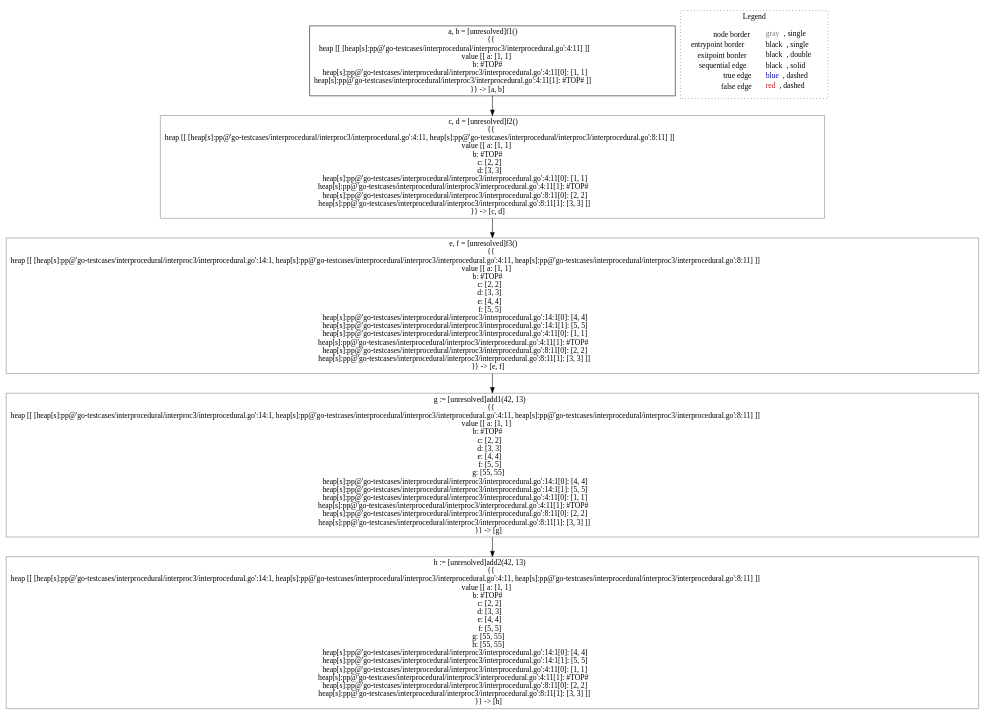
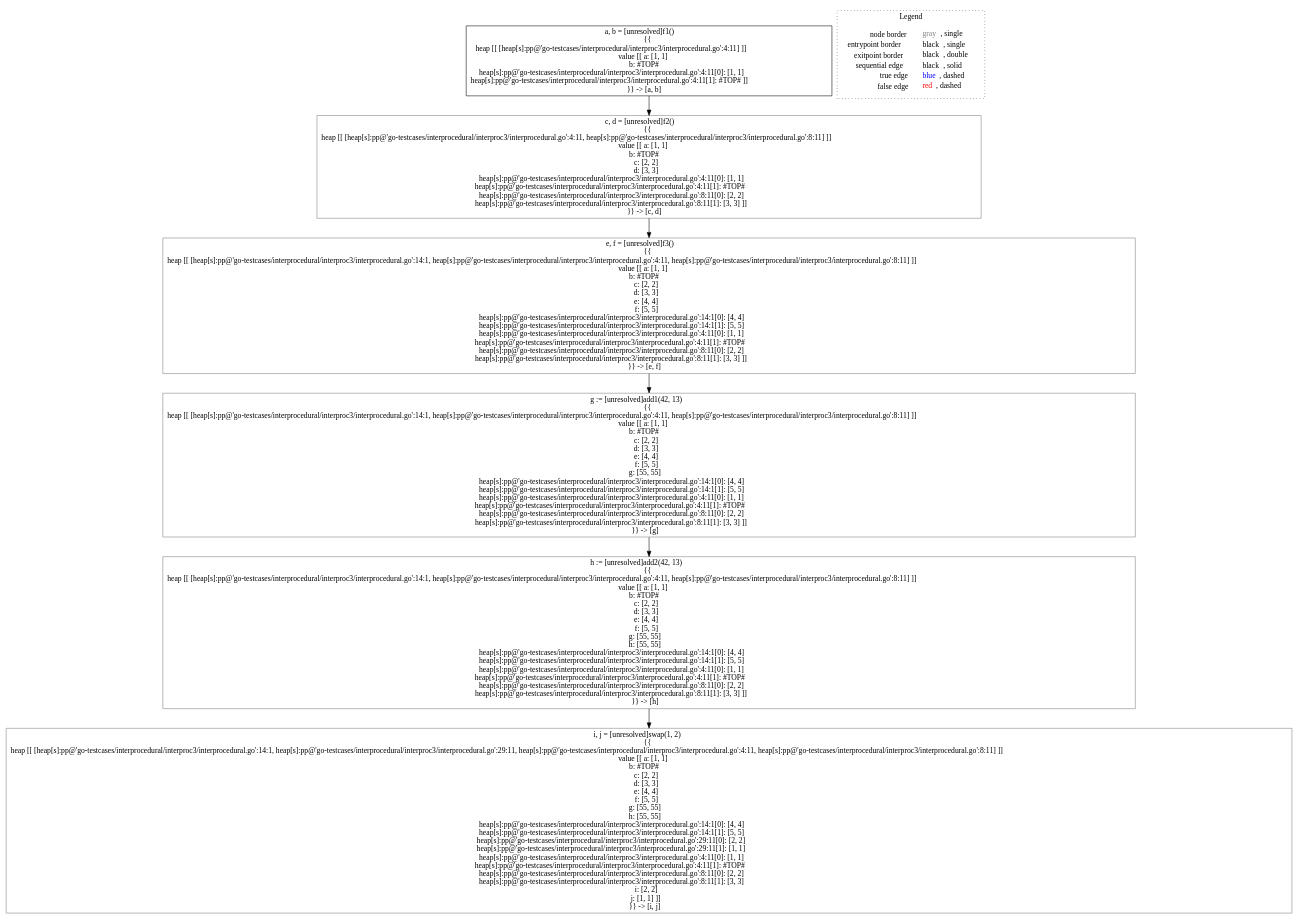
One commit to lisa-analyzer/go-lisa changed the diagram in go-lisa/go-testcases/interprocedural/interproc3/analysis___untyped_~LiSAProgram.main().dot. Above: the diagram before and after it, drawn with Graphviz. The commit also changed 15 other files, not shown here.

```diff
--- a/go-lisa/go-testcases/interprocedural/interproc3/analysis___untyped_~LiSAProgram.main().dot
+++ b/go-lisa/go-testcases/interprocedural/interproc3/analysis___untyped_~LiSAProgram.main().dot
@@ -1,18 +1,20 @@
 digraph {
 	"node0" [shape="rect",color="black",label=<a, b = [unresolved]f1()<BR/>{{<BR/>heap [[ [heap[s]:pp@'go-testcases/interprocedural/interproc3/interprocedural.go':4:11] ]]<BR/>value [[ a: [1, 1]<BR/>b: #TOP#<BR/>heap[s]:pp@'go-testcases/interprocedural/interproc3/interprocedural.go':4:11[0]: [1, 1]<BR/>heap[s]:pp@'go-testcases/interprocedural/interproc3/interprocedural.go':4:11[1]: #TOP# ]]<BR/>}} -&gt; [a, b]>];
-	"node1" [shape="rect",color="gray",label=<h := [unresolved]add2(42, 13)<BR/>{{<BR/>heap [[ [heap[s]:pp@'go-testcases/interprocedural/interproc3/interprocedural.go':14:1, heap[s]:pp@'go-testcases/interprocedural/interproc3/interprocedural.go':4:11, heap[s]:pp@'go-testcases/interprocedural/interproc3/interprocedural.go':8:11] ]]<BR/>value [[ a: [1, 1]<BR/>b: #TOP#<BR/>c: [2, 2]<BR/>d: [3, 3]<BR/>e: [4, 4]<BR/>f: [5, 5]<BR/>g: [55, 55]<BR/>h: [55, 55]<BR/>heap[s]:pp@'go-testcases/interprocedural/interproc3/interprocedural.go':14:1[0]: [4, 4]<BR/>heap[s]:pp@'go-testcases/interprocedural/interproc3/interprocedural.go':14:1[1]: [5, 5]<BR/>heap[s]:pp@'go-testcases/interprocedural/interproc3/interprocedural.go':4:11[0]: [1, 1]<BR/>heap[s]:pp@'go-testcases/interprocedural/interproc3/interprocedural.go':4:11[1]: #TOP#<BR/>heap[s]:pp@'go-testcases/interprocedural/interproc3/interprocedural.go':8:11[0]: [2, 2]<BR/>heap[s]:pp@'go-testcases/interprocedural/interproc3/interprocedural.go':8:11[1]: [3, 3] ]]<BR/>}} -&gt; [h]>];
-	"node2" [shape="rect",color="gray",label=<c, d = [unresolved]f2()<BR/>{{<BR/>heap [[ [heap[s]:pp@'go-testcases/interprocedural/interproc3/interprocedural.go':4:11, heap[s]:pp@'go-testcases/interprocedural/interproc3/interprocedural.go':8:11] ]]<BR/>value [[ a: [1, 1]<BR/>b: #TOP#<BR/>c: [2, 2]<BR/>d: [3, 3]<BR/>heap[s]:pp@'go-testcases/interprocedural/interproc3/interprocedural.go':4:11[0]: [1, 1]<BR/>heap[s]:pp@'go-testcases/interprocedural/interproc3/interprocedural.go':4:11[1]: #TOP#<BR/>heap[s]:pp@'go-testcases/interprocedural/interproc3/interprocedural.go':8:11[0]: [2, 2]<BR/>heap[s]:pp@'go-testcases/interprocedural/interproc3/interprocedural.go':8:11[1]: [3, 3] ]]<BR/>}} -&gt; [c, d]>];
-	"node3" [shape="rect",color="gray",label=<e, f = [unresolved]f3()<BR/>{{<BR/>heap [[ [heap[s]:pp@'go-testcases/interprocedural/interproc3/interprocedural.go':14:1, heap[s]:pp@'go-testcases/interprocedural/interproc3/interprocedural.go':4:11, heap[s]:pp@'go-testcases/interprocedural/interproc3/interprocedural.go':8:11] ]]<BR/>value [[ a: [1, 1]<BR/>b: #TOP#<BR/>c: [2, 2]<BR/>d: [3, 3]<BR/>e: [4, 4]<BR/>f: [5, 5]<BR/>heap[s]:pp@'go-testcases/interprocedural/interproc3/interprocedural.go':14:1[0]: [4, 4]<BR/>heap[s]:pp@'go-testcases/interprocedural/interproc3/interprocedural.go':14:1[1]: [5, 5]<BR/>heap[s]:pp@'go-testcases/interprocedural/interproc3/interprocedural.go':4:11[0]: [1, 1]<BR/>heap[s]:pp@'go-testcases/interprocedural/interproc3/interprocedural.go':4:11[1]: #TOP#<BR/>heap[s]:pp@'go-testcases/interprocedural/interproc3/interprocedural.go':8:11[0]: [2, 2]<BR/>heap[s]:pp@'go-testcases/interprocedural/interproc3/interprocedural.go':8:11[1]: [3, 3] ]]<BR/>}} -&gt; [e, f]>];
-	"node4" [shape="rect",color="gray",label=<g := [unresolved]add1(42, 13)<BR/>{{<BR/>heap [[ [heap[s]:pp@'go-testcases/interprocedural/interproc3/interprocedural.go':14:1, heap[s]:pp@'go-testcases/interprocedural/interproc3/interprocedural.go':4:11, heap[s]:pp@'go-testcases/interprocedural/interproc3/interprocedural.go':8:11] ]]<BR/>value [[ a: [1, 1]<BR/>b: #TOP#<BR/>c: [2, 2]<BR/>d: [3, 3]<BR/>e: [4, 4]<BR/>f: [5, 5]<BR/>g: [55, 55]<BR/>heap[s]:pp@'go-testcases/interprocedural/interproc3/interprocedural.go':14:1[0]: [4, 4]<BR/>heap[s]:pp@'go-testcases/interprocedural/interproc3/interprocedural.go':14:1[1]: [5, 5]<BR/>heap[s]:pp@'go-testcases/interprocedural/interproc3/interprocedural.go':4:11[0]: [1, 1]<BR/>heap[s]:pp@'go-testcases/interprocedural/interproc3/interprocedural.go':4:11[1]: #TOP#<BR/>heap[s]:pp@'go-testcases/interprocedural/interproc3/interprocedural.go':8:11[0]: [2, 2]<BR/>heap[s]:pp@'go-testcases/interprocedural/interproc3/interprocedural.go':8:11[1]: [3, 3] ]]<BR/>}} -&gt; [g]>];
-	"node2" -> "node3" [color="black"];
-	"node3" -> "node4" [color="black"];
-	"node0" -> "node2" [color="black"];
-	"node4" -> "node1" [color="black"];
+	"node1" [shape="rect",color="gray",label=<g := [unresolved]add1(42, 13)<BR/>{{<BR/>heap [[ [heap[s]:pp@'go-testcases/interprocedural/interproc3/interprocedural.go':14:1, heap[s]:pp@'go-testcases/interprocedural/interproc3/interprocedural.go':4:11, heap[s]:pp@'go-testcases/interprocedural/interproc3/interprocedural.go':8:11] ]]<BR/>value [[ a: [1, 1]<BR/>b: #TOP#<BR/>c: [2, 2]<BR/>d: [3, 3]<BR/>e: [4, 4]<BR/>f: [5, 5]<BR/>g: [55, 55]<BR/>heap[s]:pp@'go-testcases/interprocedural/interproc3/interprocedural.go':14:1[0]: [4, 4]<BR/>heap[s]:pp@'go-testcases/interprocedural/interproc3/interprocedural.go':14:1[1]: [5, 5]<BR/>heap[s]:pp@'go-testcases/interprocedural/interproc3/interprocedural.go':4:11[0]: [1, 1]<BR/>heap[s]:pp@'go-testcases/interprocedural/interproc3/interprocedural.go':4:11[1]: #TOP#<BR/>heap[s]:pp@'go-testcases/interprocedural/interproc3/interprocedural.go':8:11[0]: [2, 2]<BR/>heap[s]:pp@'go-testcases/interprocedural/interproc3/interprocedural.go':8:11[1]: [3, 3] ]]<BR/>}} -&gt; [g]>];
+	"node2" [shape="rect",color="gray",label=<i, j = [unresolved]swap(1, 2)<BR/>{{<BR/>heap [[ [heap[s]:pp@'go-testcases/interprocedural/interproc3/interprocedural.go':14:1, heap[s]:pp@'go-testcases/interprocedural/interproc3/interprocedural.go':29:11, heap[s]:pp@'go-testcases/interprocedural/interproc3/interprocedural.go':4:11, heap[s]:pp@'go-testcases/interprocedural/interproc3/interprocedural.go':8:11] ]]<BR/>value [[ a: [1, 1]<BR/>b: #TOP#<BR/>c: [2, 2]<BR/>d: [3, 3]<BR/>e: [4, 4]<BR/>f: [5, 5]<BR/>g: [55, 55]<BR/>h: [55, 55]<BR/>heap[s]:pp@'go-testcases/interprocedural/interproc3/interprocedural.go':14:1[0]: [4, 4]<BR/>heap[s]:pp@'go-testcases/interprocedural/interproc3/interprocedural.go':14:1[1]: [5, 5]<BR/>heap[s]:pp@'go-testcases/interprocedural/interproc3/interprocedural.go':29:11[0]: [2, 2]<BR/>heap[s]:pp@'go-testcases/interprocedural/interproc3/interprocedural.go':29:11[1]: [1, 1]<BR/>heap[s]:pp@'go-testcases/interprocedural/interproc3/interprocedural.go':4:11[0]: [1, 1]<BR/>heap[s]:pp@'go-testcases/interprocedural/interproc3/interprocedural.go':4:11[1]: #TOP#<BR/>heap[s]:pp@'go-testcases/interprocedural/interproc3/interprocedural.go':8:11[0]: [2, 2]<BR/>heap[s]:pp@'go-testcases/interprocedural/interproc3/interprocedural.go':8:11[1]: [3, 3]<BR/>i: [2, 2]<BR/>j: [1, 1] ]]<BR/>}} -&gt; [i, j]>];
+	"node3" [shape="rect",color="gray",label=<c, d = [unresolved]f2()<BR/>{{<BR/>heap [[ [heap[s]:pp@'go-testcases/interprocedural/interproc3/interprocedural.go':4:11, heap[s]:pp@'go-testcases/interprocedural/interproc3/interprocedural.go':8:11] ]]<BR/>value [[ a: [1, 1]<BR/>b: #TOP#<BR/>c: [2, 2]<BR/>d: [3, 3]<BR/>heap[s]:pp@'go-testcases/interprocedural/interproc3/interprocedural.go':4:11[0]: [1, 1]<BR/>heap[s]:pp@'go-testcases/interprocedural/interproc3/interprocedural.go':4:11[1]: #TOP#<BR/>heap[s]:pp@'go-testcases/interprocedural/interproc3/interprocedural.go':8:11[0]: [2, 2]<BR/>heap[s]:pp@'go-testcases/interprocedural/interproc3/interprocedural.go':8:11[1]: [3, 3] ]]<BR/>}} -&gt; [c, d]>];
+	"node4" [shape="rect",color="gray",label=<h := [unresolved]add2(42, 13)<BR/>{{<BR/>heap [[ [heap[s]:pp@'go-testcases/interprocedural/interproc3/interprocedural.go':14:1, heap[s]:pp@'go-testcases/interprocedural/interproc3/interprocedural.go':4:11, heap[s]:pp@'go-testcases/interprocedural/interproc3/interprocedural.go':8:11] ]]<BR/>value [[ a: [1, 1]<BR/>b: #TOP#<BR/>c: [2, 2]<BR/>d: [3, 3]<BR/>e: [4, 4]<BR/>f: [5, 5]<BR/>g: [55, 55]<BR/>h: [55, 55]<BR/>heap[s]:pp@'go-testcases/interprocedural/interproc3/interprocedural.go':14:1[0]: [4, 4]<BR/>heap[s]:pp@'go-testcases/interprocedural/interproc3/interprocedural.go':14:1[1]: [5, 5]<BR/>heap[s]:pp@'go-testcases/interprocedural/interproc3/interprocedural.go':4:11[0]: [1, 1]<BR/>heap[s]:pp@'go-testcases/interprocedural/interproc3/interprocedural.go':4:11[1]: #TOP#<BR/>heap[s]:pp@'go-testcases/interprocedural/interproc3/interprocedural.go':8:11[0]: [2, 2]<BR/>heap[s]:pp@'go-testcases/interprocedural/interproc3/interprocedural.go':8:11[1]: [3, 3] ]]<BR/>}} -&gt; [h]>];
+	"node5" [shape="rect",color="gray",label=<e, f = [unresolved]f3()<BR/>{{<BR/>heap [[ [heap[s]:pp@'go-testcases/interprocedural/interproc3/interprocedural.go':14:1, heap[s]:pp@'go-testcases/interprocedural/interproc3/interprocedural.go':4:11, heap[s]:pp@'go-testcases/interprocedural/interproc3/interprocedural.go':8:11] ]]<BR/>value [[ a: [1, 1]<BR/>b: #TOP#<BR/>c: [2, 2]<BR/>d: [3, 3]<BR/>e: [4, 4]<BR/>f: [5, 5]<BR/>heap[s]:pp@'go-testcases/interprocedural/interproc3/interprocedural.go':14:1[0]: [4, 4]<BR/>heap[s]:pp@'go-testcases/interprocedural/interproc3/interprocedural.go':14:1[1]: [5, 5]<BR/>heap[s]:pp@'go-testcases/interprocedural/interproc3/interprocedural.go':4:11[0]: [1, 1]<BR/>heap[s]:pp@'go-testcases/interprocedural/interproc3/interprocedural.go':4:11[1]: #TOP#<BR/>heap[s]:pp@'go-testcases/interprocedural/interproc3/interprocedural.go':8:11[0]: [2, 2]<BR/>heap[s]:pp@'go-testcases/interprocedural/interproc3/interprocedural.go':8:11[1]: [3, 3] ]]<BR/>}} -&gt; [e, f]>];
+	"node1" -> "node4" [color="black"];
+	"node3" -> "node5" [color="black"];
+	"node0" -> "node3" [color="black"];
+	"node4" -> "node2" [color="black"];
+	"node5" -> "node1" [color="black"];
 subgraph cluster_legend {
 	label="Legend";
 	style=dotted;
 	node [shape=plaintext];
 	"legend" [label=<<table border="0" cellpadding="2" cellspacing="0" cellborder="0"><tr><td align="right">node border&nbsp;</td><td align="left"><font color="gray">gray</font>, single</td></tr><tr><td align="right">entrypoint border&nbsp;</td><td align="left"><font color="black">black</font>, single</td></tr><tr><td align="right">exitpoint border&nbsp;</td><td align="left"><font color="black">black</font>, double</td></tr><tr><td align="right">sequential edge&nbsp;</td><td align="left"><font color="black">black</font>, solid</td></tr><tr><td align="right">true edge&nbsp;</td><td align="left"><font color="blue">blue</font>, dashed</td></tr><tr><td align="right">false edge&nbsp;</td><td align="left"><font color="red">red</font>, dashed</td></tr></table>>];
 }
 
 }
```
